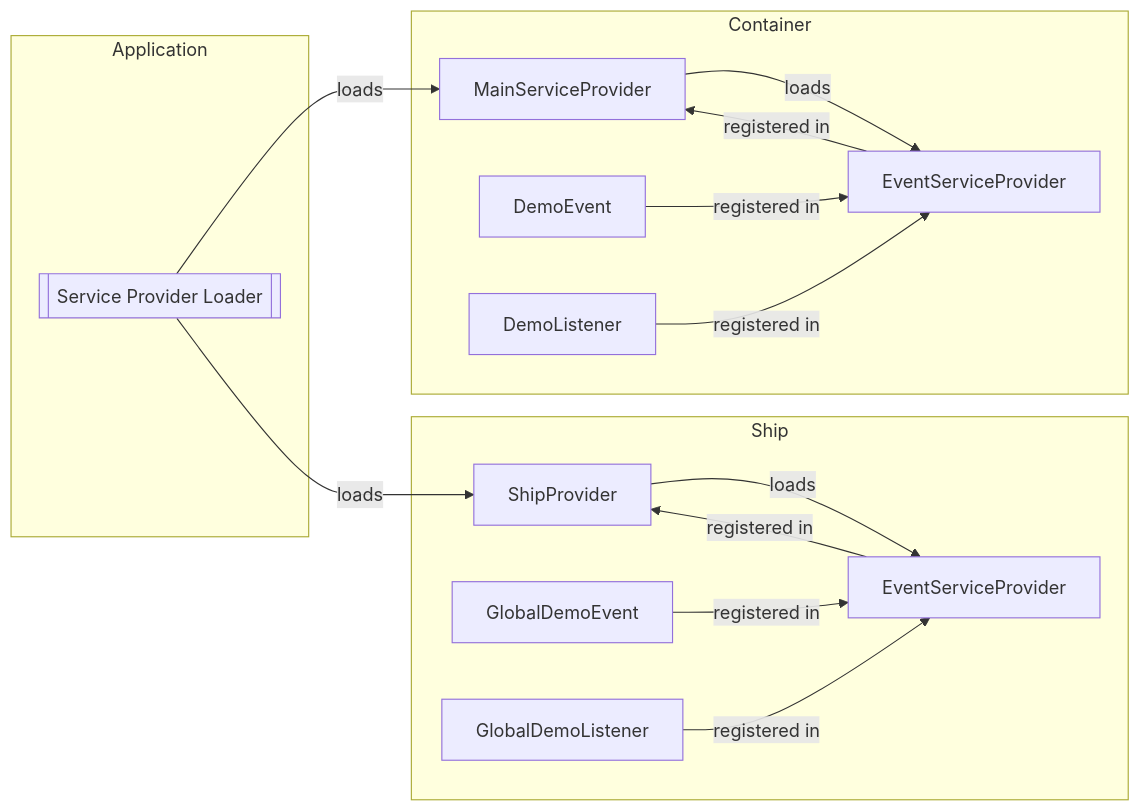
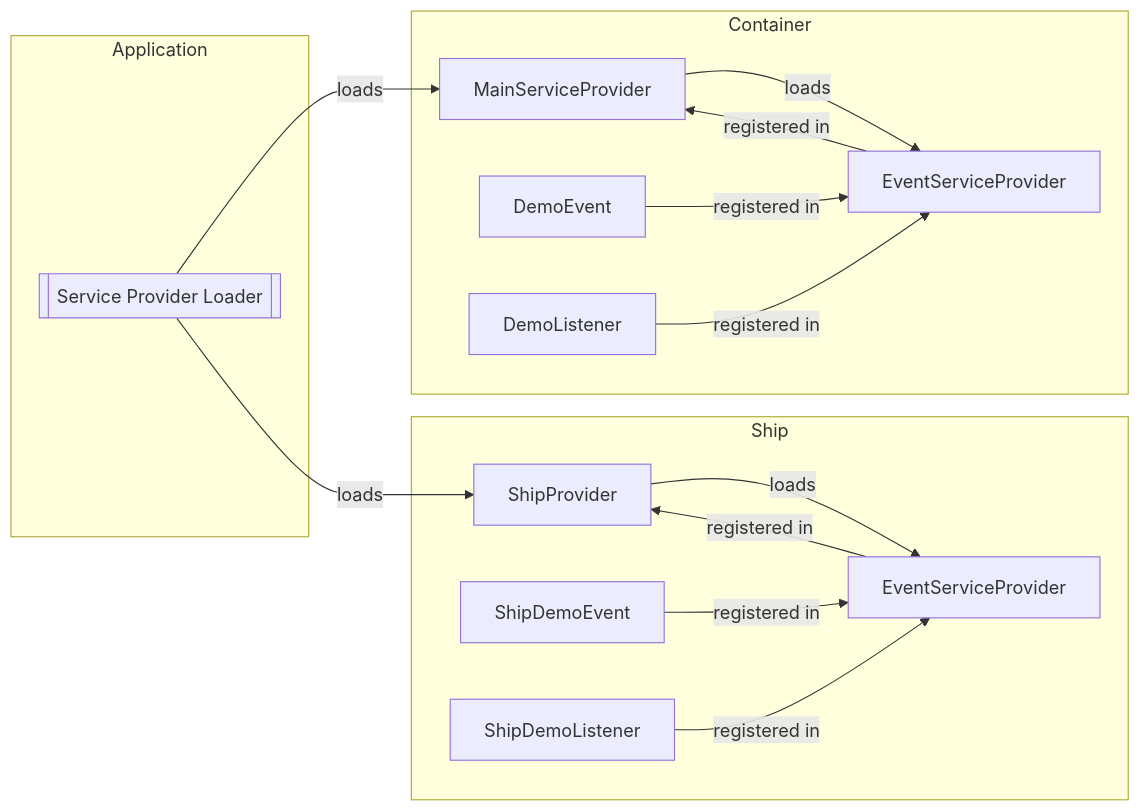
Before and after one commit to apiato/documentation: the diagram in docs/components/optional-components/events.md, drawn with Mermaid. The commit also changed other lines of this file, not shown here.

````diff
--- a/docs/components/optional-components/events.md
+++ b/docs/components/optional-components/events.md
@@ -168,31 +168,31 @@
 ```mermaid
 graph LR
   subgraph Container
     MainServiceProvider
     EventServiceProvider
     DemoEvent
     DemoListener
   end
   
   MainServiceProvider -->|loads| EventServiceProvider
   EventServiceProvider -->|registered in| MainServiceProvider
   DemoEvent -->|registered in| EventServiceProvider
   DemoListener -->|registered in| EventServiceProvider
   
   subgraph Ship
     ShipProvider
     ShipEventServiceProvider[EventServiceProvider]
-    GlobalDemoEvent
-    GlobalDemoListener
+    ShipDemoEvent
+    ShipDemoListener
   end
 
   subgraph Application
     SPLoader[[Service Provider Loader]]-- loads-->MainServiceProvider
     SPLoader-- loads-->ShipProvider
   end
   
   ShipProvider -->|loads| ShipEventServiceProvider
   ShipEventServiceProvider -->|registered in| ShipProvider
-  GlobalDemoEvent -->|registered in| ShipEventServiceProvider
-  GlobalDemoListener -->|registered in| ShipEventServiceProvider
+  ShipDemoEvent -->|registered in| ShipEventServiceProvider
+  ShipDemoListener -->|registered in| ShipEventServiceProvider
 ```
````
